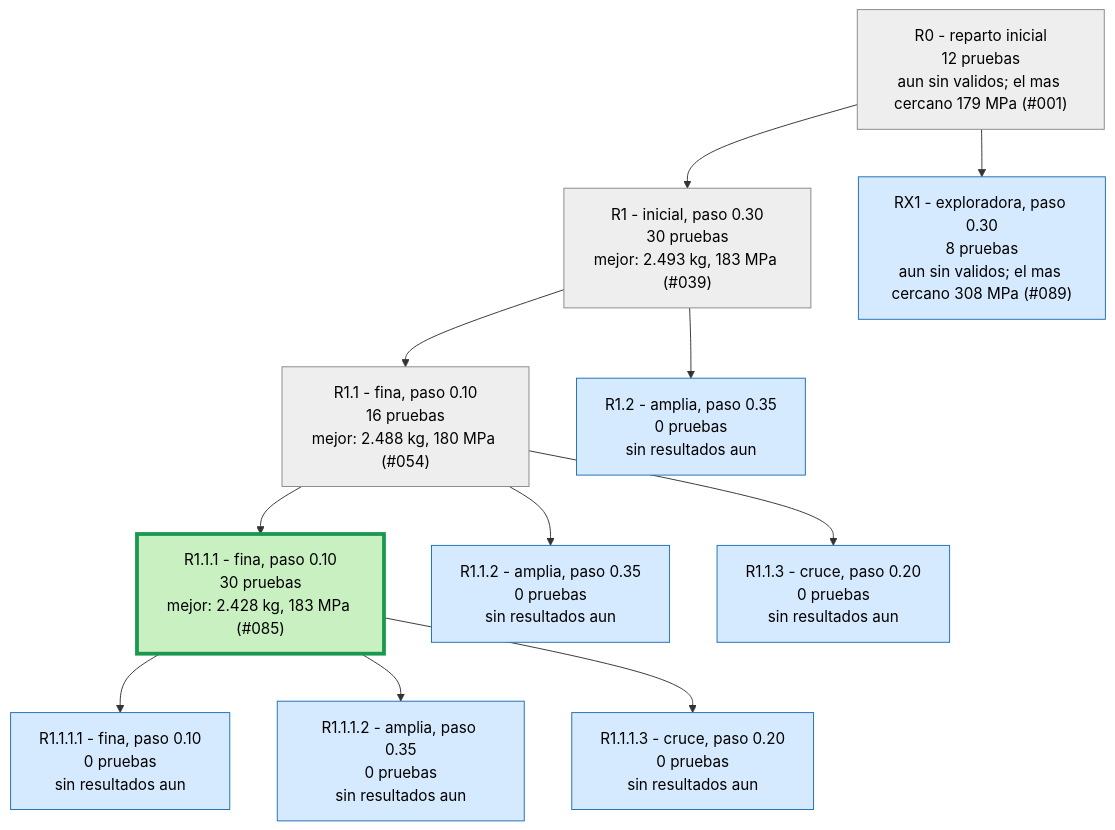
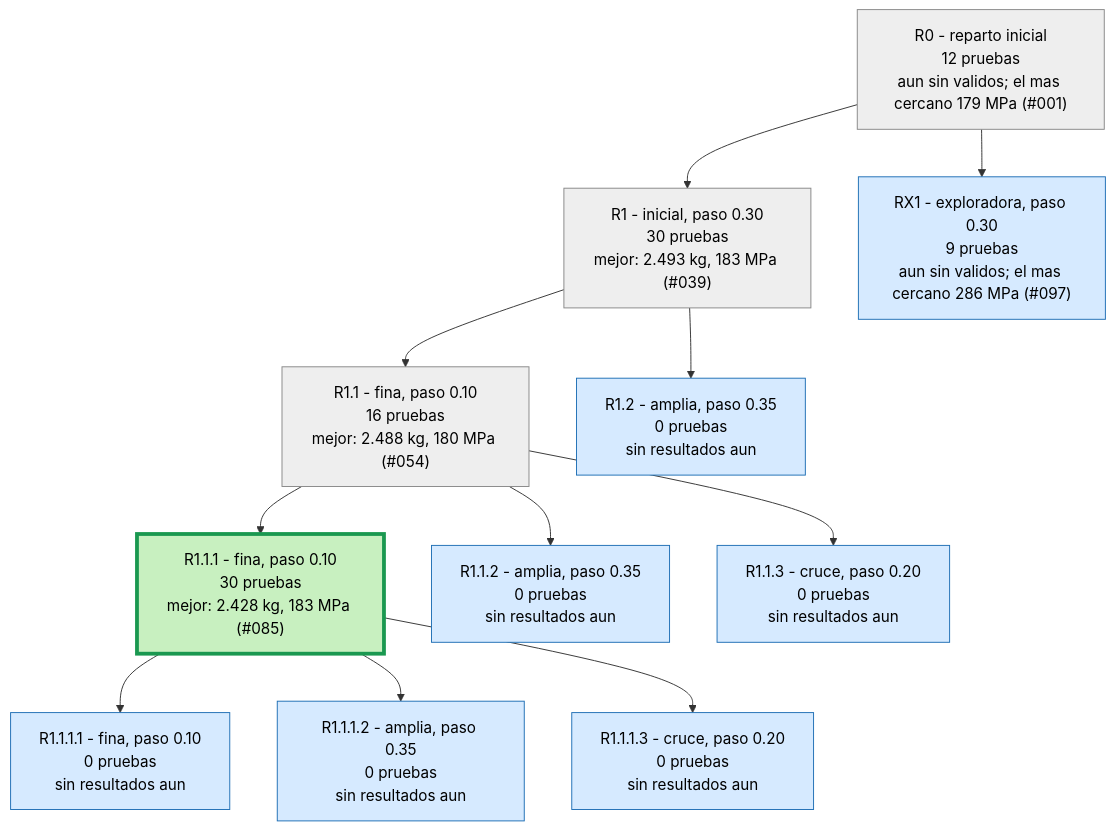
The second of 3 diagrams in runs/opt_37800N/ARBOL.md (Hugiko/msd-soporte-optimizacion), drawn with Mermaid before and after one commit. The commit also changed 40 other files, not shown here.

````diff
--- a/runs/opt_37800N/ARBOL.md
+++ b/runs/opt_37800N/ARBOL.md
@@ -25,27 +25,27 @@
 ```mermaid
 graph TD
 classDef activa fill:#d6eaff,stroke:#1f6fb5,color:#000
 classDef fin fill:#eeeeee,stroke:#888,color:#000
 classDef mejor fill:#c8f0c0,stroke:#1a9850,stroke-width:4px,color:#000
 R0["R0 - reparto inicial<br/>12 pruebas<br/>aun sin validos; el mas cercano 179 MPa (#001)"]:::fin
 R1["R1 - inicial, paso 0.30<br/>30 pruebas<br/>mejor: 2.493 kg, 183 MPa (#039)"]:::fin
 R0 --> R1
 R1_1["R1.1 - fina, paso 0.10<br/>16 pruebas<br/>mejor: 2.488 kg, 180 MPa (#054)"]:::fin
 R1 --> R1_1
 R1_2["R1.2 - amplia, paso 0.35<br/>0 pruebas<br/>sin resultados aun"]:::activa
 R1 --> R1_2
 R1_1_1["R1.1.1 - fina, paso 0.10<br/>30 pruebas<br/>mejor: 2.428 kg, 183 MPa (#085)"]:::mejor
 R1_1 --> R1_1_1
 R1_1_2["R1.1.2 - amplia, paso 0.35<br/>0 pruebas<br/>sin resultados aun"]:::activa
 R1_1 --> R1_1_2
 R1_1_3["R1.1.3 - cruce, paso 0.20<br/>0 pruebas<br/>sin resultados aun"]:::activa
 R1_1 --> R1_1_3
 R1_1_1_1["R1.1.1.1 - fina, paso 0.10<br/>0 pruebas<br/>sin resultados aun"]:::activa
 R1_1_1 --> R1_1_1_1
 R1_1_1_2["R1.1.1.2 - amplia, paso 0.35<br/>0 pruebas<br/>sin resultados aun"]:::activa
 R1_1_1 --> R1_1_1_2
 R1_1_1_3["R1.1.1.3 - cruce, paso 0.20<br/>0 pruebas<br/>sin resultados aun"]:::activa
 R1_1_1 --> R1_1_1_3
-RX1["RX1 - exploradora, paso 0.30<br/>8 pruebas<br/>aun sin validos; el mas cercano 308 MPa (#089)"]:::activa
+RX1["RX1 - exploradora, paso 0.30<br/>9 pruebas<br/>aun sin validos; el mas cercano 286 MPa (#097)"]:::activa
 R0 --> RX1
 ```
````
